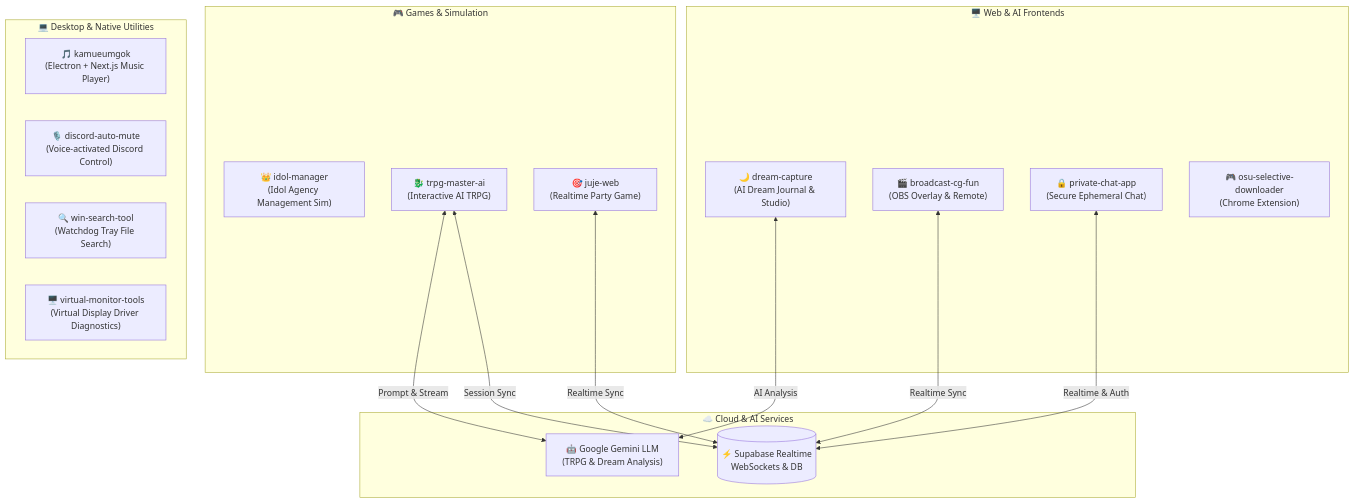
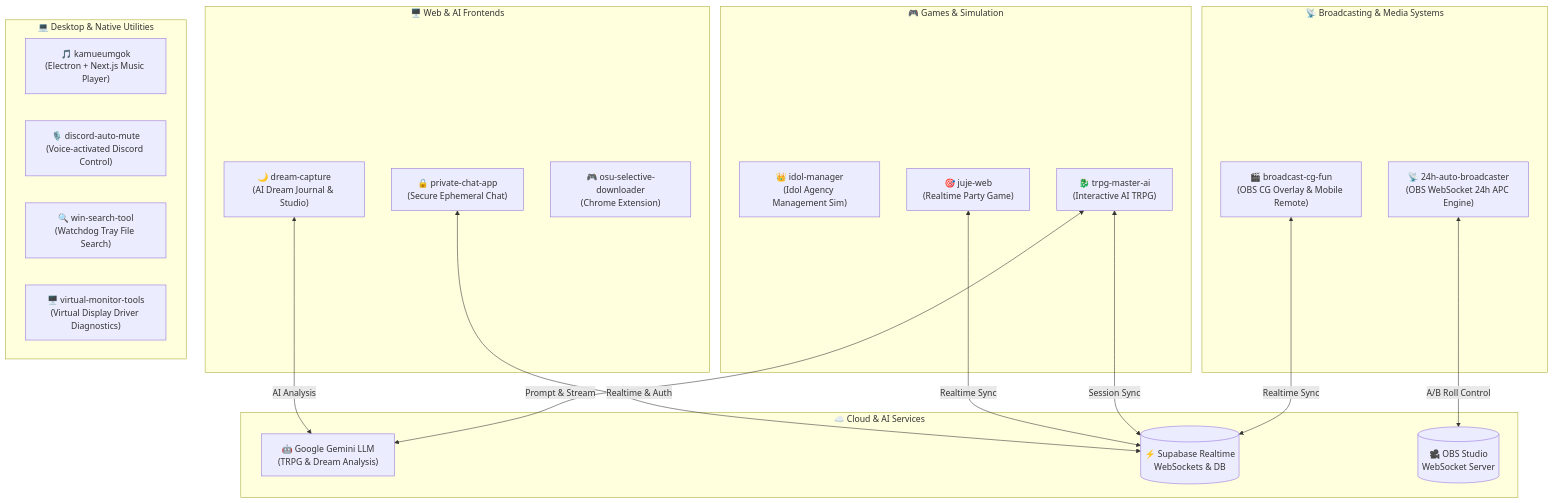
One commit to jscsarik/jsc_projects changed the diagram in README.md. Above: the diagram before and after it, drawn with Mermaid. The commit also changed other lines of this file and 7 other files, not shown here.

Commit message:
feat: add 24h-auto-broadcaster project to workspace monorepo

````diff
--- a/README.md
+++ b/README.md
@@ -20,34 +21,40 @@
 ```mermaid
 flowchart TD
+    subgraph Broadcasting ["📡 Broadcasting & Media Systems"]
+        AUTO["📡 24h-auto-broadcaster<br/>(OBS WebSocket 24h APC Engine)"]
+        BCG["🎬 broadcast-cg-fun<br/>(OBS CG Overlay & Mobile Remote)"]
+    end
+
     subgraph GamesAndSim ["🎮 Games & Simulation"]
         IDOL["👑 idol-manager<br/>(Idol Agency Management Sim)"]
         TRPG["🐉 trpg-master-ai<br/>(Interactive AI TRPG)"]
         JUJE["🎯 juje-web<br/>(Realtime Party Game)"]
     end
 
     subgraph WebAndAI ["🖥️ Web & AI Frontends"]
         DREAM["🌙 dream-capture<br/>(AI Dream Journal & Studio)"]
-        BCG["🎬 broadcast-cg-fun<br/>(OBS Overlay & Remote)"]
         CHAT["🔒 private-chat-app<br/>(Secure Ephemeral Chat)"]
         OSU["🎮 osu-selective-downloader<br/>(Chrome Extension)"]
     end
 
     subgraph NativeDesktop ["💻 Desktop & Native Utilities"]
         KAMU["🎵 kamueumgok<br/>(Electron + Next.js Music Player)"]
         DISCORD["🎙️ discord-auto-mute<br/>(Voice-activated Discord Control)"]
         SEARCH["🔍 win-search-tool<br/>(Watchdog Tray File Search)"]
         VMON["🖥️ virtual-monitor-tools<br/>(Virtual Display Driver Diagnostics)"]
     end
 
     subgraph BackendCloud ["☁️ Cloud & AI Services"]
         GEMINI["🤖 Google Gemini LLM<br/>(TRPG & Dream Analysis)"]
         SUPA[("⚡ Supabase Realtime<br/>WebSockets & DB")]
+        OBS[("🎥 OBS Studio<br/>WebSocket Server")]
     end
 
+    AUTO <-->|A/B Roll Control| OBS
+    BCG <-->|Realtime Sync| SUPA
     TRPG <-->|Prompt & Stream| GEMINI
     DREAM <-->|AI Analysis| GEMINI
     TRPG <-->|Session Sync| SUPA
-    BCG <-->|Realtime Sync| SUPA
     JUJE <-->|Realtime Sync| SUPA
     CHAT <-->|Realtime & Auth| SUPA
 ```
````
